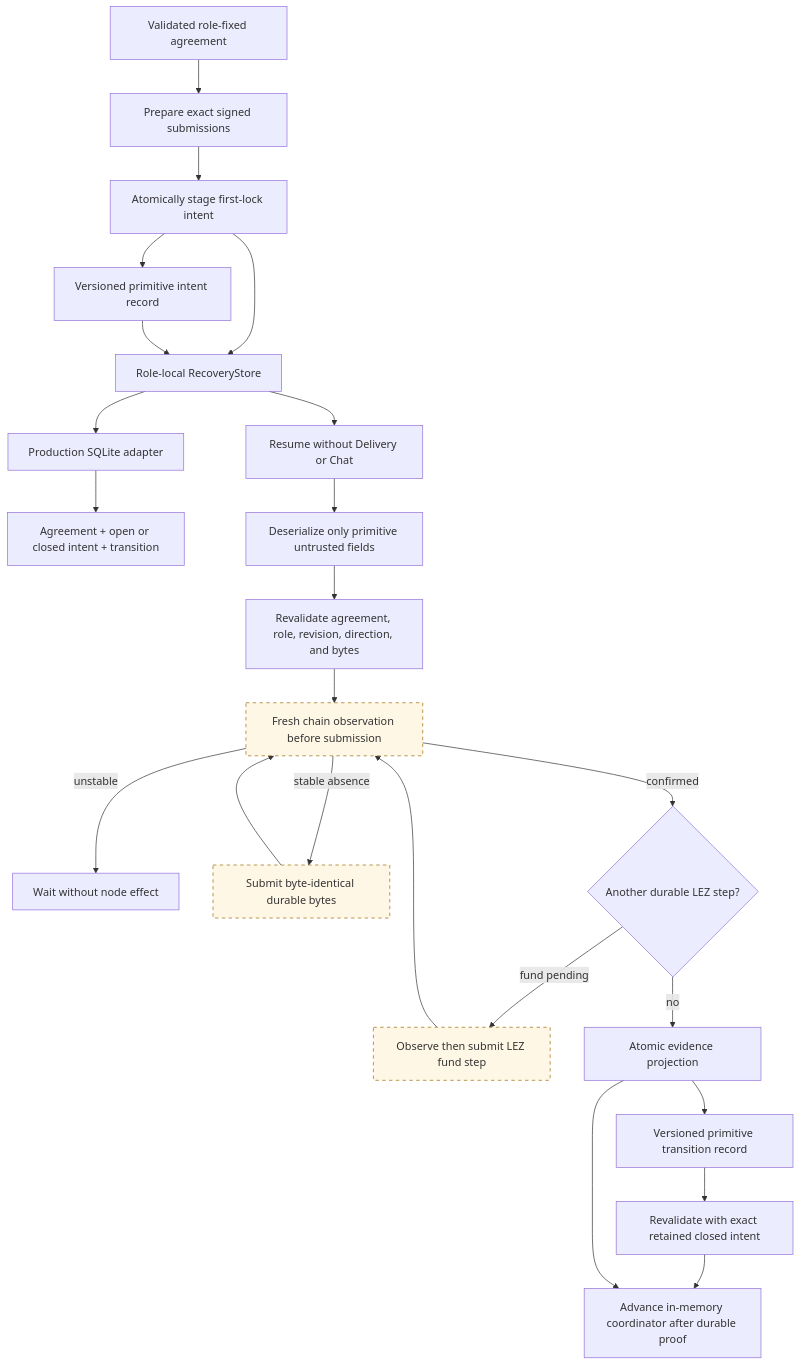
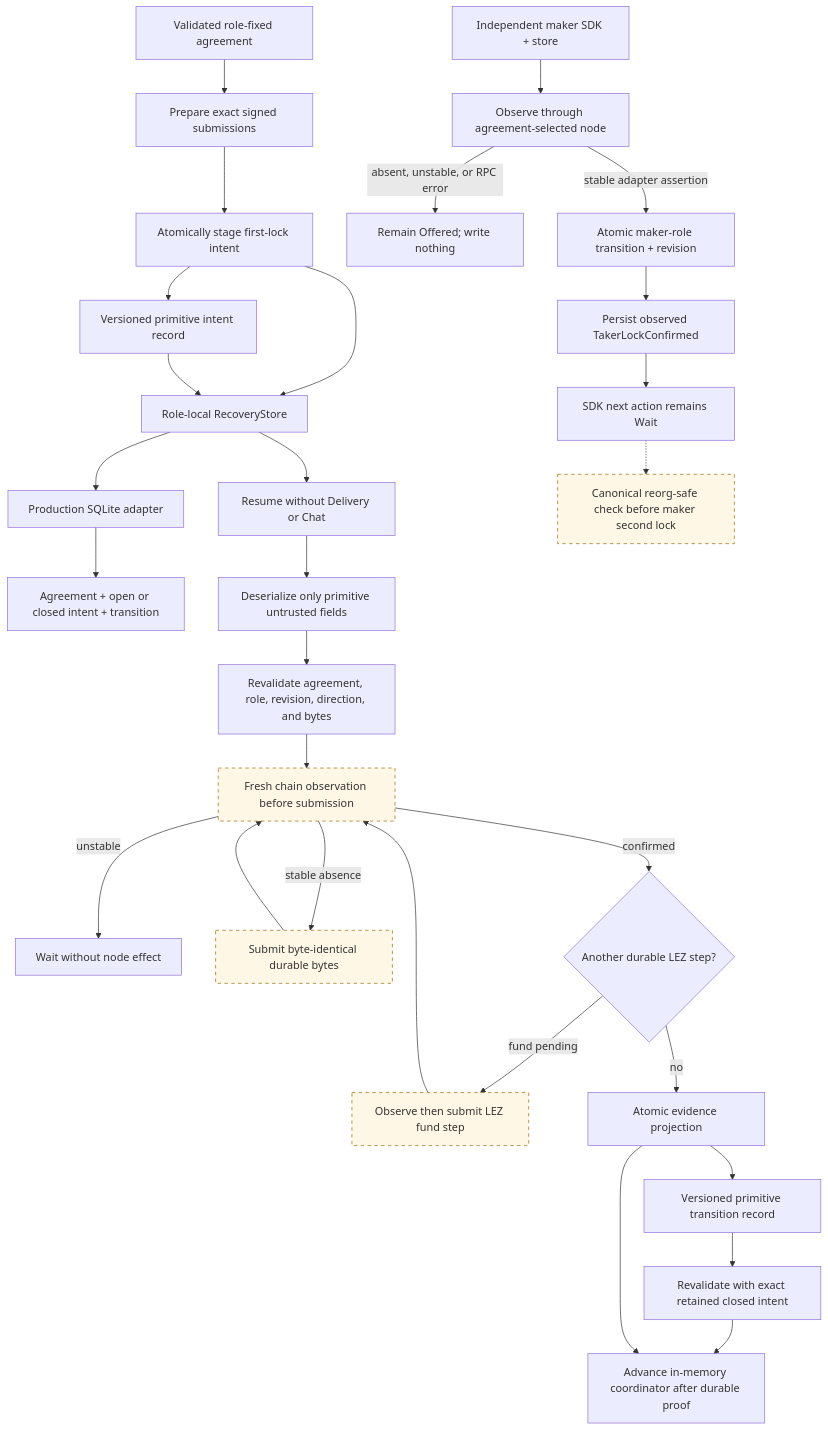
Before and after one commit to gateway-fm/lez-atomic-swaps: the diagram in docs/architecture/0017-crash-safe-first-lock-intent.md, drawn with Mermaid. The commit also changed other lines of this file and 19 other files, not shown here.

Commit message:
feat: persist maker taker-lock observations

````diff
--- a/docs/architecture/0017-crash-safe-first-lock-intent.md
+++ b/docs/architecture/0017-crash-safe-first-lock-intent.md
@@ -6,28 +7,35 @@
 ```mermaid
 flowchart TB
     Accepted["Validated role-fixed agreement"] --> Prepare["Prepare exact signed submissions"]
     Prepare --> Stage["Atomically stage first-lock intent"]
     Stage --> Durable["Role-local RecoveryStore"]
     Stage --> Encode["Versioned primitive intent record"]
     Encode --> Durable
     Durable --> SQLite["Production SQLite adapter"]
     SQLite --> Tables["Agreement + open or closed intent + transition"]
     Durable --> Restart["Resume without Delivery or Chat"]
     Restart --> Decode["Deserialize only primitive untrusted fields"]
     Decode --> Revalidate["Revalidate agreement, role, revision, direction, and bytes"]
     Revalidate --> Observe["Fresh chain observation before submission"]
     Observe -->|"unstable"| Wait["Wait without node effect"]
     Observe -->|"stable absence"| Submit["Submit byte-identical durable bytes"]
     Submit --> Observe
     Observe -->|"confirmed"| Next{"Another durable LEZ step?"}
     Next -->|"fund pending"| Fund["Observe then submit LEZ fund step"]
     Fund --> Observe
     Next -->|"no"| Projection["Atomic evidence projection"]
     Projection --> Transition["Versioned primitive transition record"]
     Transition --> ClosedIntent["Revalidate with exact retained closed intent"]
     ClosedIntent --> Core
     Projection --> Core["Advance in-memory coordinator after durable proof"]
 
+    Maker["Independent maker SDK + store"] --> MakerObserve["Observe through agreement-selected node"]
+    MakerObserve -->|"absent, unstable, or RPC error"| MakerWait["Remain Offered; write nothing"]
+    MakerObserve -->|"stable adapter assertion"| MakerProjection["Atomic maker-role transition + revision"]
+    MakerProjection --> MakerCore["Persist observed TakerLockConfirmed"]
+    MakerCore --> Gate["SDK next action remains Wait"]
+    Gate -.-> Fresh["Canonical reorg-safe check before maker second lock"]
+
     classDef planned stroke-dasharray: 5 5,fill:#fff7e6,stroke:#9a6700;
-    class Observe,Submit,Fund planned;
+    class Observe,Submit,Fund,Fresh planned;
 ```
````
